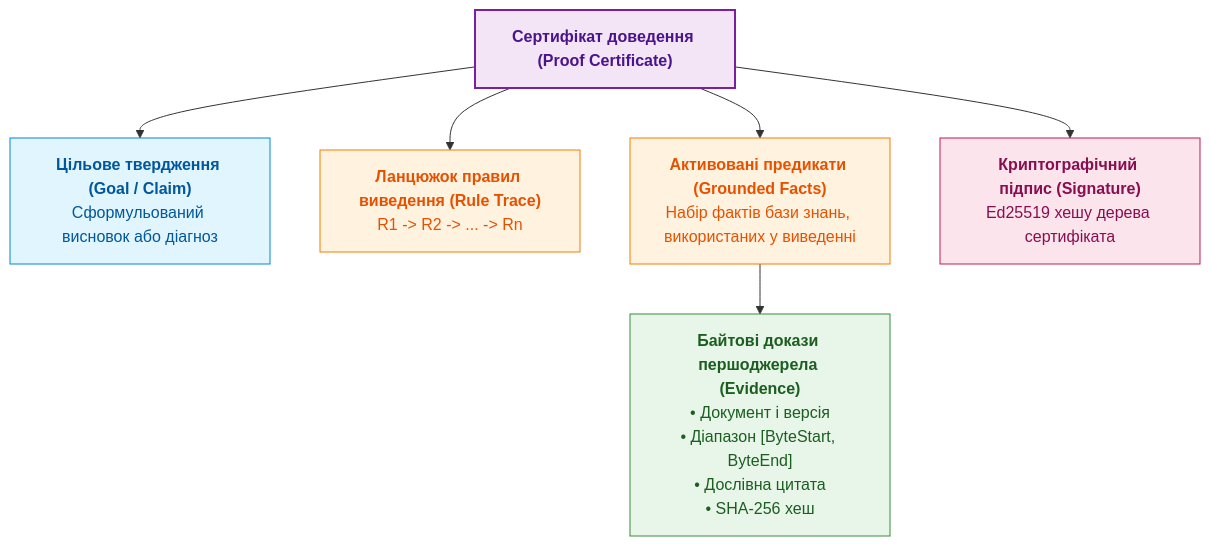
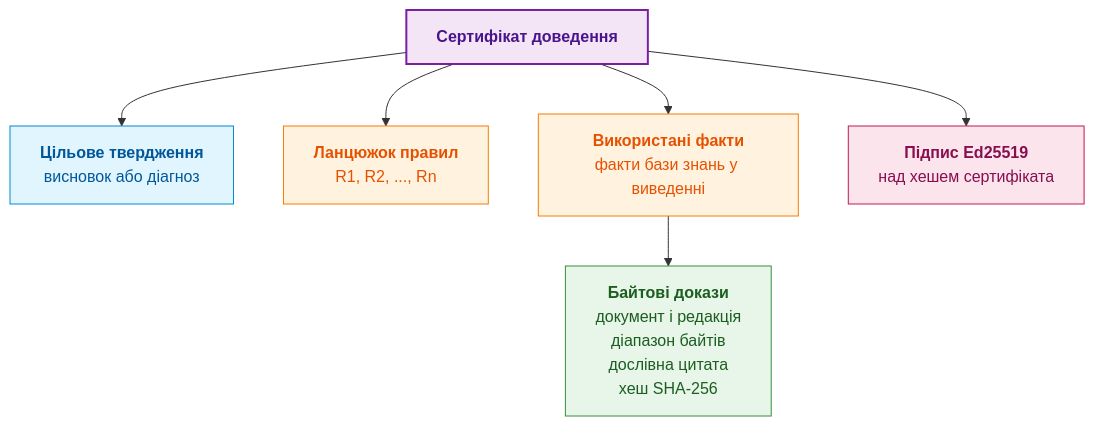
The seventh of 7 diagrams in ExpertSystem/ch15-knowledge-extraction-and-kb-construction.md (nick-fedchik/articles), drawn with Mermaid before and after one commit. The commit also changed other lines of this file, not shown here.

````diff
--- a/ExpertSystem/ch15-knowledge-extraction-and-kb-construction.md
+++ b/ExpertSystem/ch15-knowledge-extraction-and-kb-construction.md
@@ -481,27 +553,24 @@
 ```mermaid
 flowchart TD
-    accTitle: Структура машинно-перевірюваного сертифіката доведення
-    accDescr: Компоненти сертифіката доведення: від твердження до побайтових доказів і криптографічного підпису.
+    accTitle: Структура сертифіката доведення
+    accDescr: Сертифікат містить цільове твердження, ланцюжок правил, використані факти з байтовими доказами та підпис Ed25519.
 
-    Cert["<b>Сертифікат доведення (Proof Certificate)</b>"]
-    
-    Cert --> Claim["<b>Цільове твердження (Goal / Claim)</b><br/>Сформульований висновок або діагноз"]
-    Cert --> RulePath["<b>Ланцюжок правил виведення (Rule Trace)</b><br/>R1 -> R2 -> ... -> Rn"]
-    Cert --> Facts["<b>Активовані предикати (Grounded Facts)</b><br/>Набір фактів бази знань, використаних у виведенні"]
-    
-    Facts --> Evidence["<b>Байтові докази першоджерела (Evidence)</b><br/>• Документ і версія<br/>• Діапазон [ByteStart, ByteEnd]<br/>• Дослівна цитата<br/>• SHA-256 хеш"]
-    
-    Cert --> Sig["<b>Криптографічний підпис (Signature)</b><br/>Ed25519 хешу дерева сертифіката"]
+    Cert["<b>Сертифікат доведення</b>"]
+    Cert --> Claim["<b>Цільове твердження</b><br/>висновок або діагноз"]
+    Cert --> RulePath["<b>Ланцюжок правил</b><br/>R1, R2, ..., Rn"]
+    Cert --> Facts["<b>Використані факти</b><br/>факти бази знань у виведенні"]
+    Facts --> Evidence["<b>Байтові докази</b><br/>документ і редакція<br/>діапазон байтів<br/>дослівна цитата<br/>хеш SHA-256"]
+    Cert --> Sig["<b>Підпис Ed25519</b><br/>над хешем сертифіката"]
 
     classDef cert fill:#f3e5f5,stroke:#7b1fa2,stroke-width:2px,color:#4a148c;
     classDef claim fill:#e1f5fe,stroke:#0288d1,stroke-width:1px,color:#01579b;
     classDef trace fill:#fff3e0,stroke:#f57c00,stroke-width:1px,color:#e65100;
     classDef ev fill:#e8f5e9,stroke:#388e3c,stroke-width:1px,color:#1b5e20;
     classDef sig fill:#fce4ec,stroke:#c2185b,stroke-width:1px,color:#880e4f;
 
     class Cert cert;
     class Claim claim;
     class RulePath,Facts trace;
     class Evidence ev;
     class Sig sig;
 ```
````
